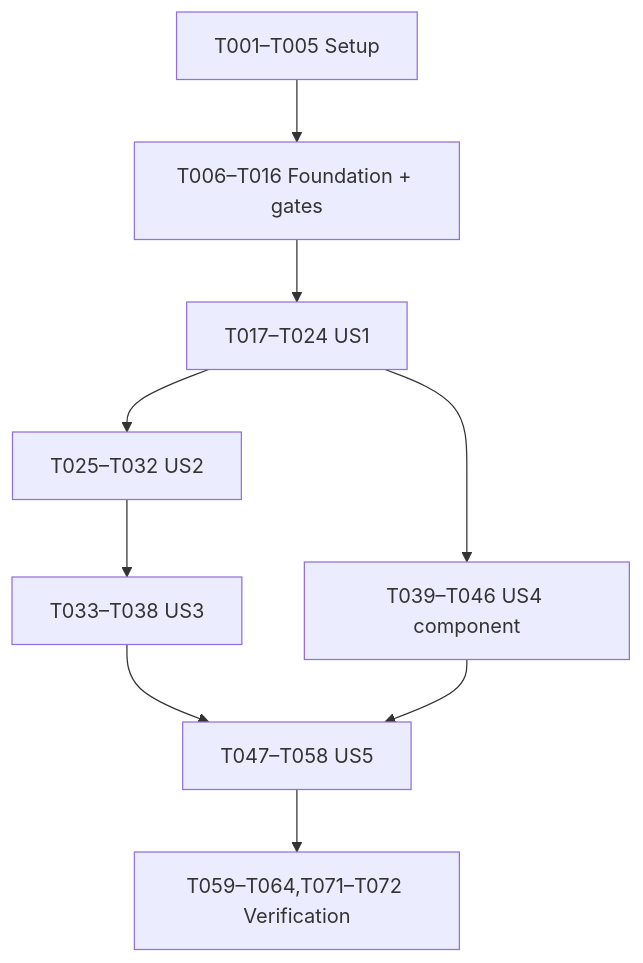
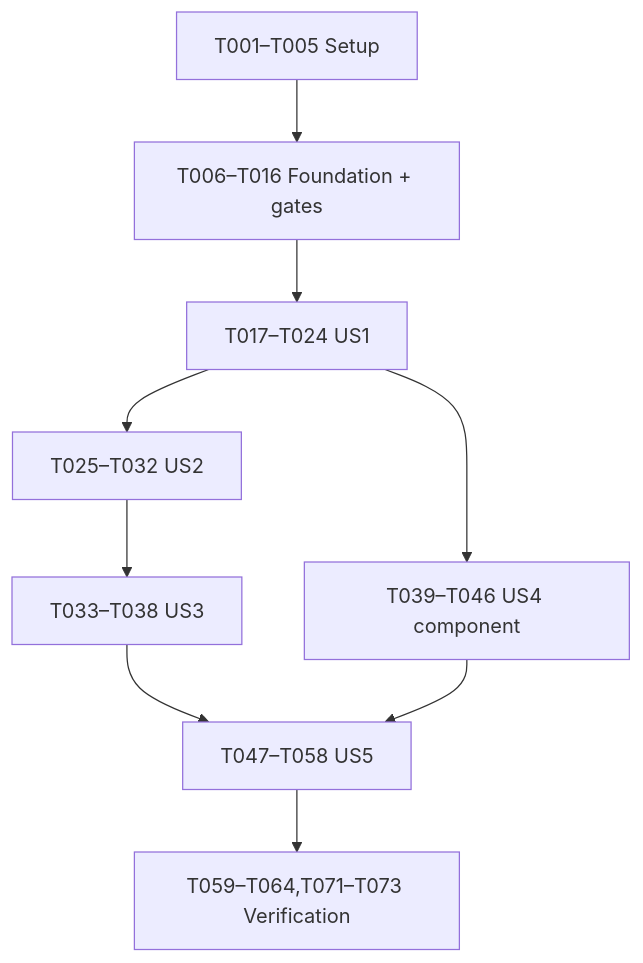
One commit to HuyDoDevv/student-topic-management changed the diagram in specs/001-topic-registration/tasks.md. Above: the diagram before and after it, drawn with Mermaid. The commit also changed other lines of this file and 25 other files, not shown here.

````diff
--- a/specs/001-topic-registration/tasks.md
+++ b/specs/001-topic-registration/tasks.md
@@ -247,11 +249,11 @@
 ```mermaid
 flowchart TD
   S["T001–T005 Setup"] --> F["T006–T016 Foundation + gates"]
   F --> U1["T017–T024 US1"]
   U1 --> U2["T025–T032 US2"]
   U2 --> U3["T033–T038 US3"]
   U1 --> U4["T039–T046 US4 component"]
   U3 --> U5["T047–T058 US5"]
   U4 --> U5
-  U5 --> P["T059–T064,T071–T072 Verification"]
+  U5 --> P["T059–T064,T071–T073 Verification"]
 ```
````
